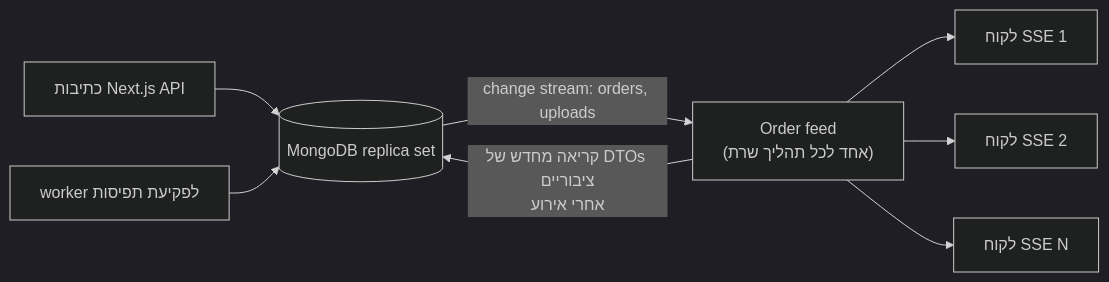
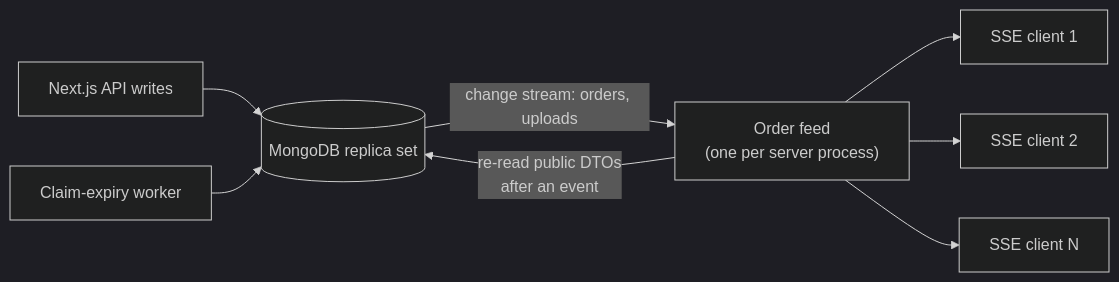
Before and after one commit to golan82/sign-flow: the third of 3 diagrams in docs/architecture.md, drawn with Mermaid (dark theme). The commit also changed other lines of this file and 3 other files, not shown here.

````diff
--- a/docs/architecture.md
+++ b/docs/architecture.md
@@ -354,10 +387,10 @@
 ```mermaid
 flowchart LR
-    W1[כתיבות Next.js API] --> DB[(MongoDB replica set)]
-    W2[worker לפקיעת תפיסות] --> DB
-    DB -- "change stream: orders, uploads" --> F["Order feed<br/>(אחד לכל תהליך שרת)"]
-    F -- "קריאה מחדש של DTOs ציבוריים<br/>אחרי אירוע" --> DB
-    F --> C1[לקוח SSE 1]
-    F --> C2[לקוח SSE 2]
-    F --> C3[לקוח SSE N]
+    W1[Next.js API writes] --> DB[(MongoDB replica set)]
+    W2[Claim-expiry worker] --> DB
+    DB -- "change stream: orders, uploads" --> F["Order feed<br/>(one per server process)"]
+    F -- "re-read public DTOs<br/>after an event" --> DB
+    F --> C1[SSE client 1]
+    F --> C2[SSE client 2]
+    F --> C3[SSE client N]
 ```
````
